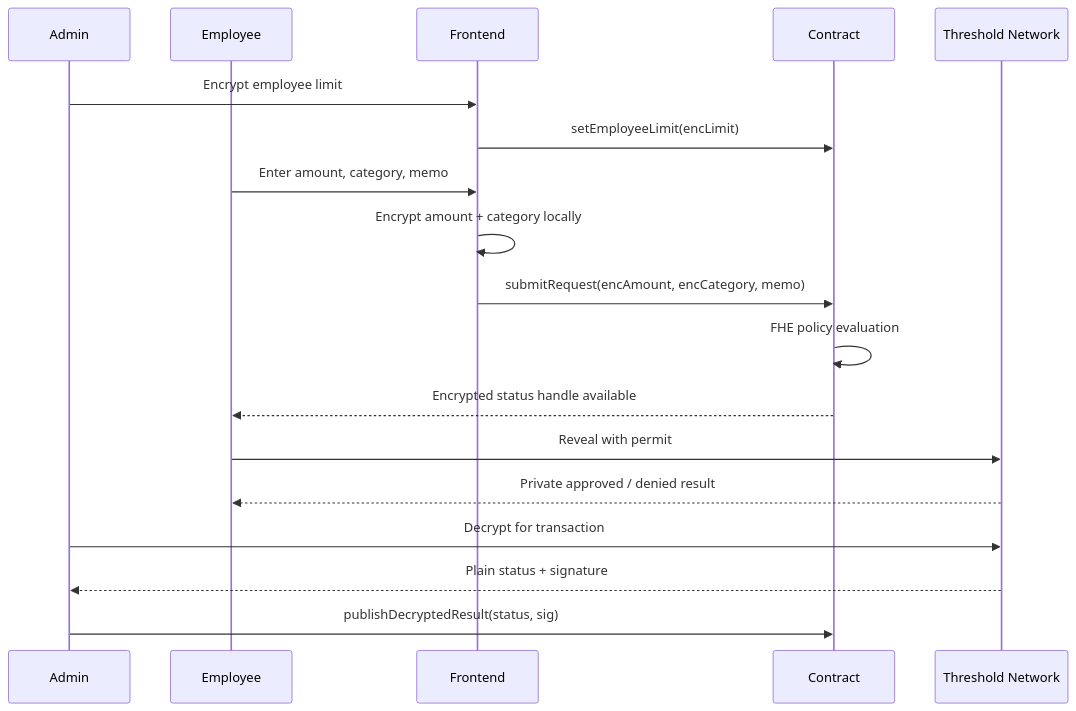
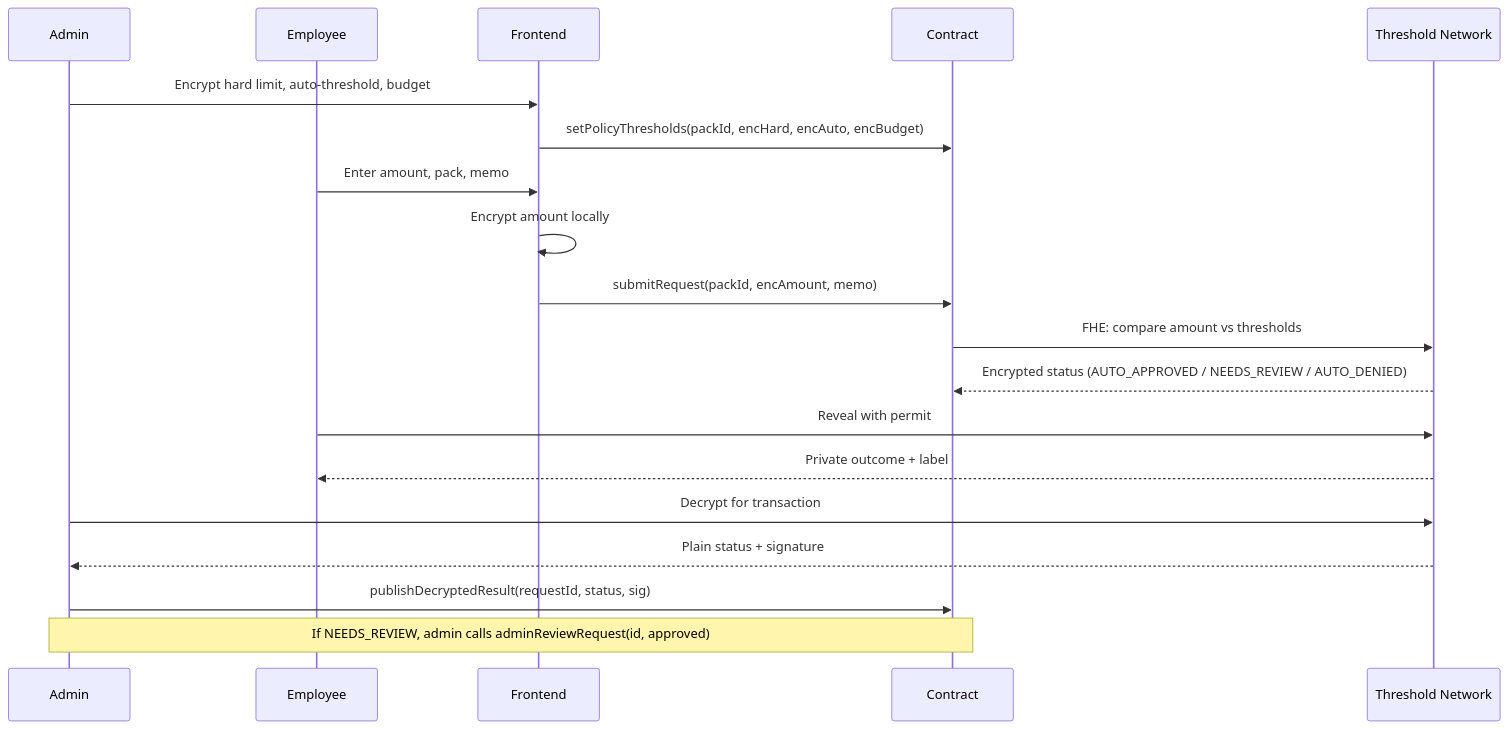
The fourth of 4 diagrams in README.md (Vinaystwt/ShieldCard), drawn with Mermaid before and after one commit. The commit also changed other lines of this file and 1 other file, not shown here.

Commit message:
docs: update README to ShieldCardPolicyEngine and fix contract address

````diff
--- a/README.md
+++ b/README.md
@@ -75,21 +78,22 @@
 ```mermaid
 sequenceDiagram
     participant Admin
     participant Employee
     participant Frontend
     participant Contract
     participant TN as Threshold Network
 
-    Admin->>Frontend: Encrypt employee limit
-    Frontend->>Contract: setEmployeeLimit(encLimit)
-    Employee->>Frontend: Enter amount, category, memo
-    Frontend->>Frontend: Encrypt amount + category locally
-    Frontend->>Contract: submitRequest(encAmount, encCategory, memo)
-    Contract->>Contract: FHE policy evaluation
-    Contract-->>Employee: Encrypted status handle available
+    Admin->>Frontend: Encrypt hard limit, auto-threshold, budget
+    Frontend->>Contract: setPolicyThresholds(packId, encHard, encAuto, encBudget)
+    Employee->>Frontend: Enter amount, pack, memo
+    Frontend->>Frontend: Encrypt amount locally
+    Frontend->>Contract: submitRequest(packId, encAmount, memo)
+    Contract->>TN: FHE: compare amount vs thresholds
+    TN-->>Contract: Encrypted status (AUTO_APPROVED / NEEDS_REVIEW / AUTO_DENIED)
     Employee->>TN: Reveal with permit
-    TN-->>Employee: Private approved / denied result
+    TN-->>Employee: Private outcome + label
     Admin->>TN: Decrypt for transaction
     TN-->>Admin: Plain status + signature
-    Admin->>Contract: publishDecryptedResult(status, sig)
+    Admin->>Contract: publishDecryptedResult(requestId, status, sig)
+    Note over Admin,Contract: If NEEDS_REVIEW, admin calls adminReviewRequest(id, approved)
 ```
````
